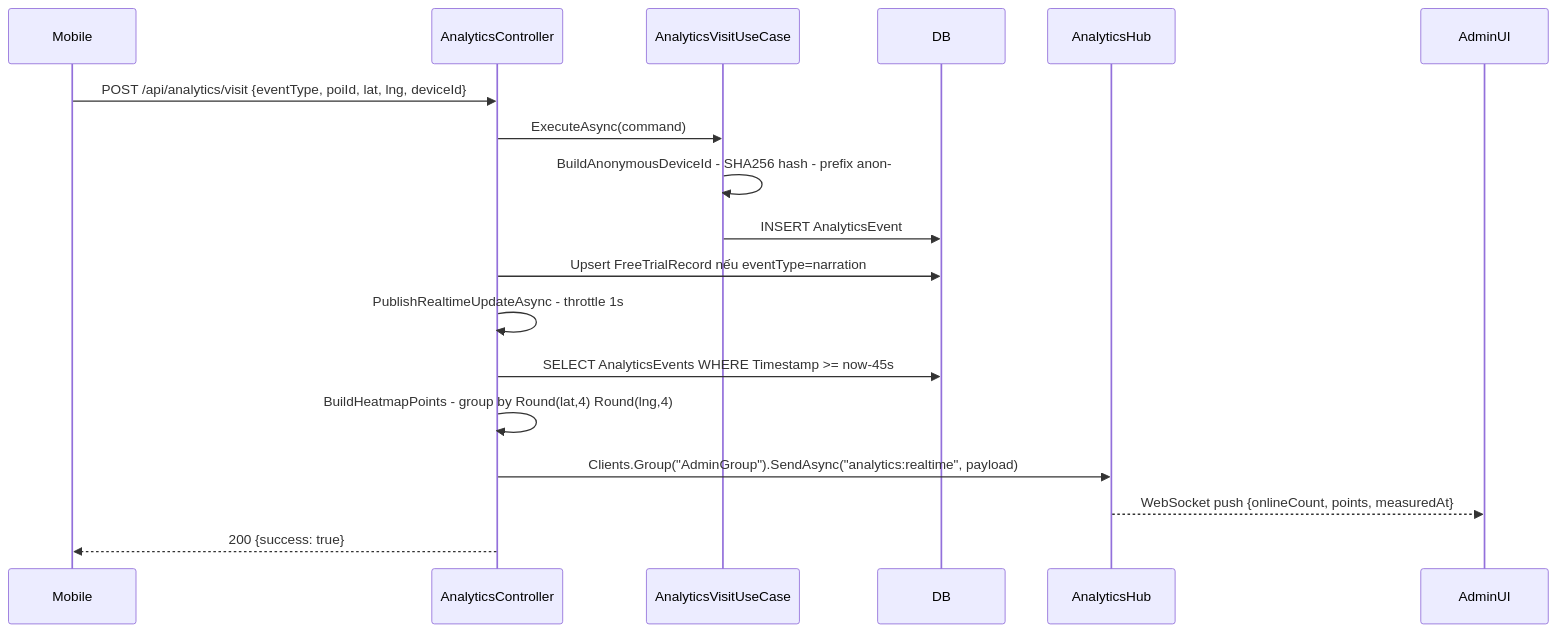
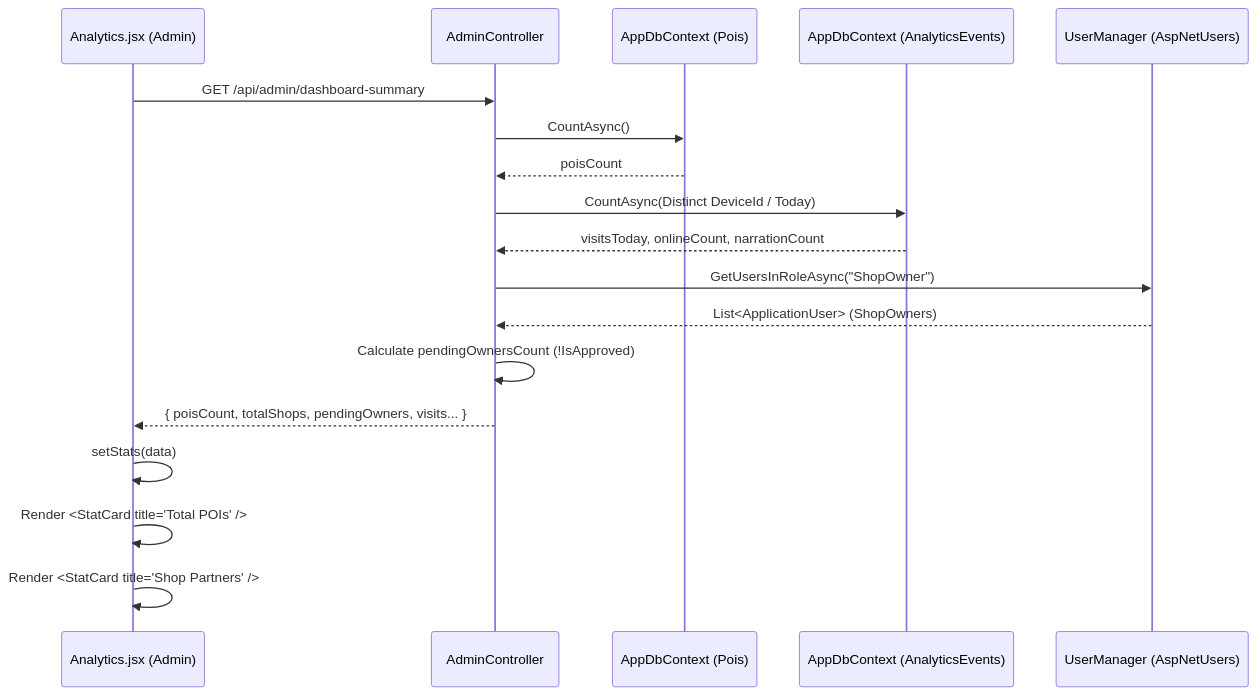
Diagram 19 of 23 in README.md (phamquyet47204/C-Sharp), drawn with Mermaid before and after one commit. The commit also changed other lines of this file and 32 other files, not shown here.

````diff
--- a/README.md
+++ b/README.md
@@ -692,21 +695,26 @@
 ```mermaid
 sequenceDiagram
-  participant Mobile
-  participant AnalyticsController
-  participant AnalyticsVisitUseCase
-  participant DB
-  participant SignalR as AnalyticsHub
-  participant AdminUI
+    participant UI as Analytics.jsx (Admin)
+    participant API as AdminController
+    participant DB_Pois as AppDbContext (Pois)
+    participant DB_Events as AppDbContext (AnalyticsEvents)
+    participant UM as UserManager (AspNetUsers)
 
-  Mobile->>AnalyticsController: POST /api/analytics/visit {eventType, poiId, lat, lng, deviceId}
-  AnalyticsController->>AnalyticsVisitUseCase: ExecuteAsync(command)
-  AnalyticsVisitUseCase->>AnalyticsVisitUseCase: BuildAnonymousDeviceId - SHA256 hash - prefix anon-
-  AnalyticsVisitUseCase->>DB: INSERT AnalyticsEvent
-  AnalyticsController->>DB: Upsert FreeTrialRecord nếu eventType=narration
-  AnalyticsController->>AnalyticsController: PublishRealtimeUpdateAsync - throttle 1s
-  AnalyticsController->>DB: SELECT AnalyticsEvents WHERE Timestamp >= now-45s
-  AnalyticsController->>AnalyticsController: BuildHeatmapPoints - group by Round(lat,4) Round(lng,4)
-  AnalyticsController->>SignalR: Clients.Group("AdminGroup").SendAsync("analytics:realtime", payload)
-  SignalR-->>AdminUI: WebSocket push {onlineCount, points, measuredAt}
-  AnalyticsController-->>Mobile: 200 {success: true}
+    UI->>API: GET /api/admin/dashboard-summary
+    
+    API->>DB_Pois: CountAsync()
+    DB_Pois-->>API: poisCount
+    
+    API->>DB_Events: CountAsync(Distinct DeviceId / Today)
+    DB_Events-->>API: visitsToday, onlineCount, narrationCount
+    
+    API->>UM: GetUsersInRoleAsync("ShopOwner")
+    UM-->>API: List<ApplicationUser> (ShopOwners)
+    API->>API: Calculate pendingOwnersCount (!IsApproved)
+    
+    API-->>UI: { poisCount, totalShops, pendingOwners, visits... }
+    
+    UI->>UI: setStats(data)
+    UI->>UI: Render <StatCard title="Total POIs" />
+    UI->>UI: Render <StatCard title="Shop Partners" />
 ```
````
